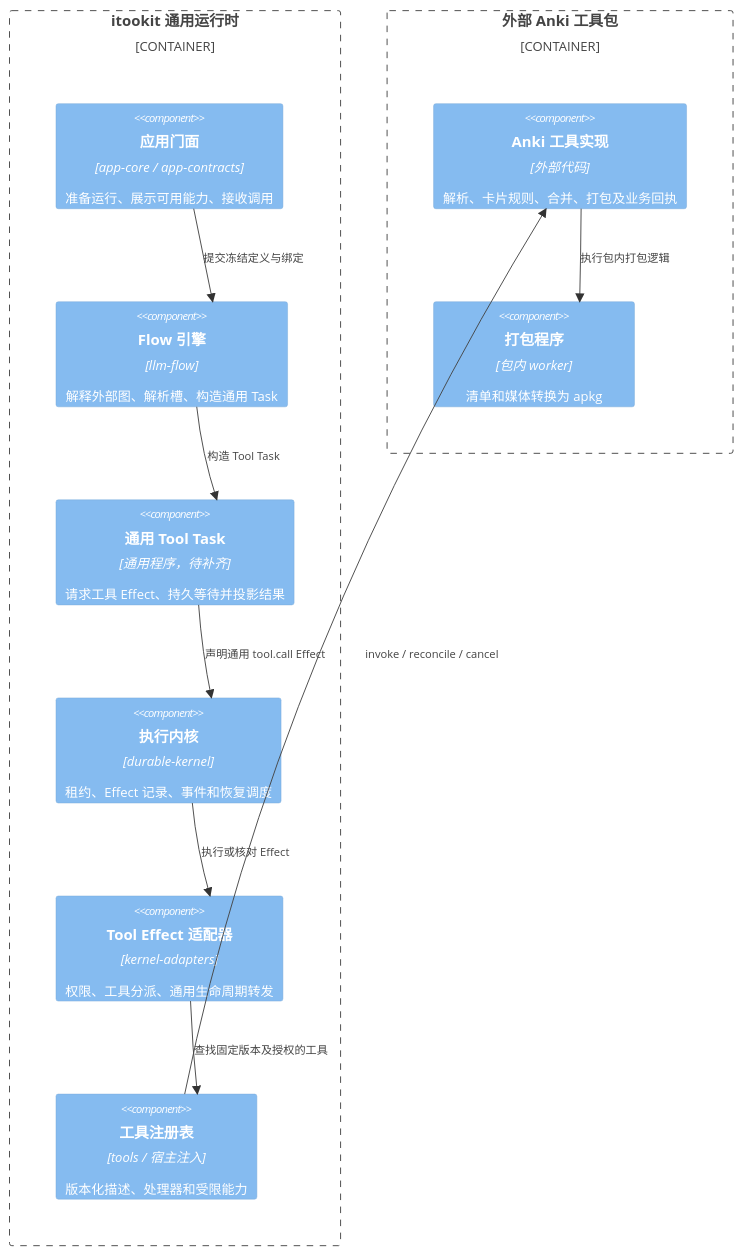
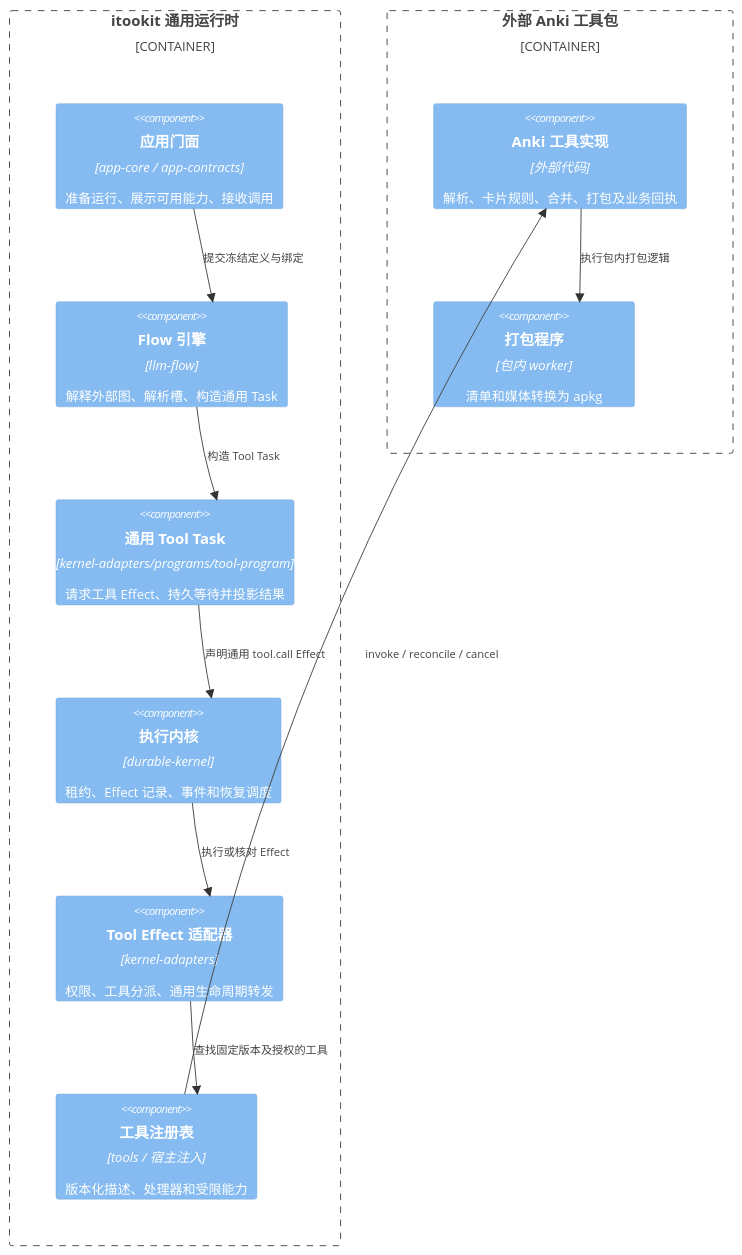
One commit to mushuanli/NestOS changed the third of 5 diagrams in doc/design/anki-flow.md. Above: the diagram before and after it, drawn with Mermaid. The commit also changed other lines of this file and 9 other files, not shown here.

Commit message:
docs(architecture): record generic execution boundaries and validation

````diff
--- a/doc/design/anki-flow.md
+++ b/doc/design/anki-flow.md
@@ -97,22 +97,22 @@
 ```mermaid
 C4Component
     Container_Boundary(core, "itookit 通用运行时") {
         Component(app, "应用门面", "app-core / app-contracts", "准备运行、展示可用能力、接收调用")
         Component(flow, "Flow 引擎", "llm-flow", "解释外部图、解析槽、构造通用 Task")
-        Component(task, "通用 Tool Task", "通用程序，待补齐", "请求工具 Effect、持久等待并投影结果")
+        Component(task, "通用 Tool Task", "kernel-adapters/programs/tool-program", "请求工具 Effect、持久等待并投影结果")
         Component(kernel, "执行内核", "durable-kernel", "租约、Effect 记录、事件和恢复调度")
         Component(adapter, "Tool Effect 适配器", "kernel-adapters", "权限、工具分派、通用生命周期转发")
         Component(registry, "工具注册表", "tools / 宿主注入", "版本化描述、处理器和受限能力")
     }
     Container_Boundary(business, "外部 Anki 工具包") {
         Component(anki, "Anki 工具实现", "外部代码", "解析、卡片规则、合并、打包及业务回执")
         Component(pack, "打包程序", "包内 worker", "清单和媒体转换为 apkg")
     }
     Rel(app, flow, "提交冻结定义与绑定")
     Rel(flow, task, "构造 Tool Task")
     Rel(task, kernel, "声明通用 tool.call Effect")
     Rel(kernel, adapter, "执行或核对 Effect")
     Rel(adapter, registry, "查找固定版本及授权的工具")
     Rel(registry, anki, "invoke / reconcile / cancel")
     Rel(anki, pack, "执行包内打包逻辑")
 ```
````
